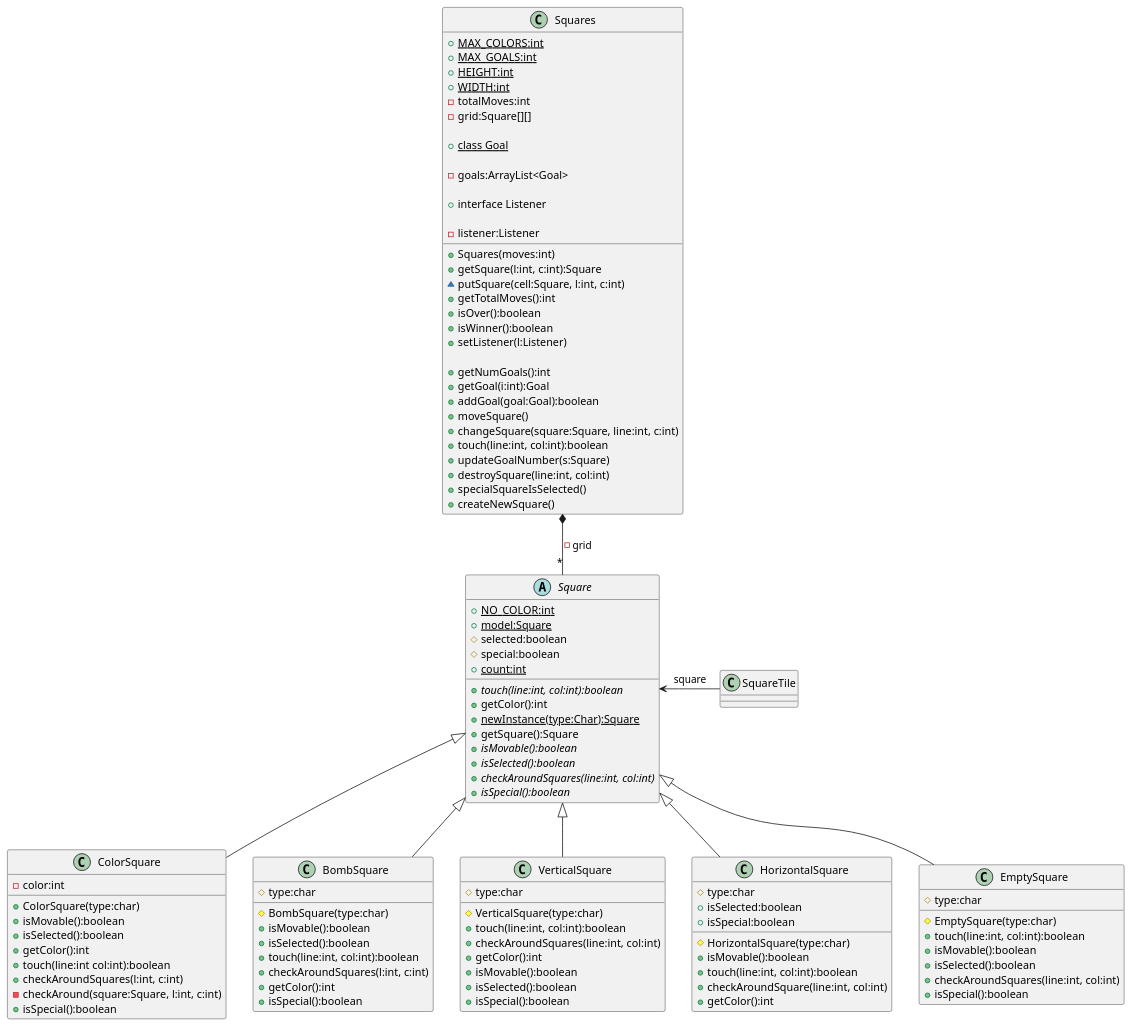
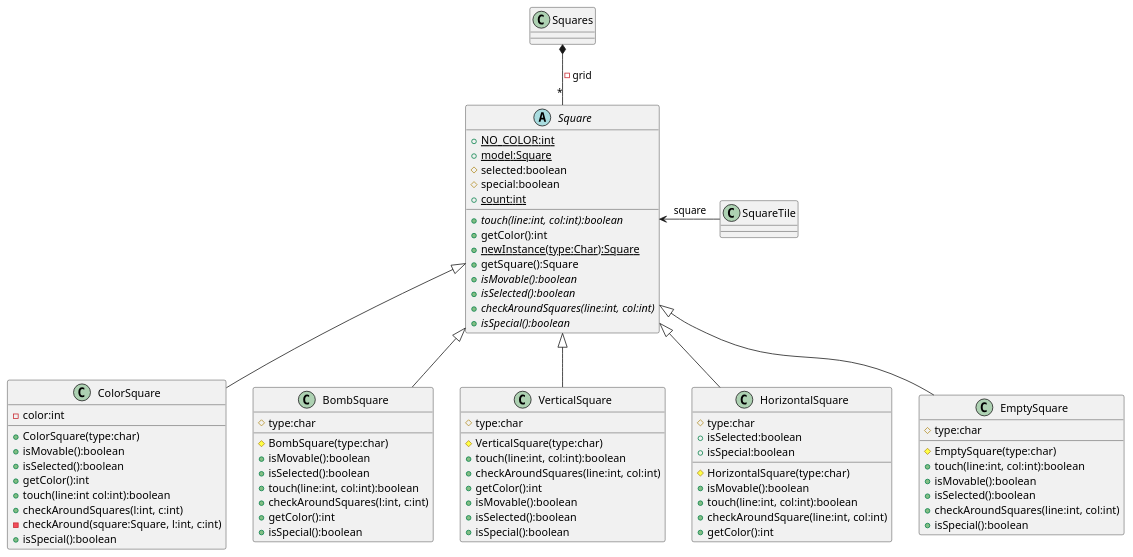
One commit to sikandre/ISEL-LEIC-1718i-Squares changed the diagram in src/UML_SquaresConsole_model.puml. Above: the diagram before and after it, drawn with PlantUML. The commit also changed 1 other file, not shown here.

Commit message:
update uml´s

```diff
--- a/src/UML_SquaresConsole_model.puml
+++ b/src/UML_SquaresConsole_model.puml
@@ -1,124 +1,89 @@
 @startuml
 
 
 Squares *-- "*" Square : -grid
-
-class Squares {
-    +{static}MAX_COLORS:int
-    +{static}MAX_GOALS:int
-    +{static}HEIGHT:int
-    +{static}WIDTH:int
-    -totalMoves:int
-    -grid:Square[][]
-    +Squares(moves:int)
-    +getSquare(l:int, c:int):Square
-    ~putSquare(cell:Square, l:int, c:int)
-    +getTotalMoves():int
-    +isOver():boolean
-    +isWinner():boolean
-
-    +{static}class Goal
-
-    -goals:ArrayList<Goal>
-
-    +interface Listener
-
-    -listener:Listener
-    +setListener(l:Listener)
-
-    +getNumGoals():int
-    +getGoal(i:int):Goal
-    +addGoal(goal:Goal):boolean
-    +moveSquare()
-    +changeSquare(square:Square, line:int, c:int)
-    +touch(line:int, col:int):boolean
-    +updateGoalNumber(s:Square)
-    +destroySquare(line:int, col:int)
-    +specialSquareIsSelected()
-    +createNewSquare()
-}
 
 abstract class Square {
     +{static}NO_COLOR:int
     +{static}model:Square
     #selected:boolean
     #special:boolean
     +{static}count:int
     +{abstract}touch(line:int, col:int):boolean
     +getColor():int
     +{static}newInstance(type:Char):Square
     +getSquare():Square
     +{abstract}isMovable():boolean
     +{abstract}isSelected():boolean
     +{abstract}checkAroundSquares(line:int, col:int)
     +{abstract}isSpecial():boolean
 }
 
 class ColorSquare {
     -color:int
     +ColorSquare(type:char)
     +isMovable():boolean
     +isSelected():boolean
     +getColor():int
     +touch(line:int col:int):boolean
     +checkAroundSquares(l:int, c:int)
     -checkAround(square:Square, l:int, c:int)
     +isSpecial():boolean
 }
 
 class BombSquare {
     #type:char
     #BombSquare(type:char)
     +isMovable():boolean
     +isSelected():boolean
     +touch(line:int, col:int):boolean
     +checkAroundSquares(l:int, c:int)
     +getColor():int
     +isSpecial():boolean
 }
 
 class VerticalSquare {
     #type:char
     #VerticalSquare(type:char)
     +touch(line:int, col:int):boolean
     +checkAroundSquares(line:int, col:int)
     +getColor():int
     +isMovable():boolean
     +isSelected():boolean
     +isSpecial():boolean
 }
 
 class HorizontalSquare {
     #type:char
     #HorizontalSquare(type:char)
     +isMovable():boolean
     +isSelected:boolean
     +touch(line:int, col:int):boolean
     +checkAroundSquare(line:int, col:int)
     +getColor():int
     +isSpecial:boolean
 }
 
 class EmptySquare {
     #type:char
     #EmptySquare(type:char)
     +touch(line:int, col:int):boolean
     +isMovable():boolean
     +isSelected():boolean
     +checkAroundSquares(line:int, col:int)
     +isSpecial():boolean
 }
 
 Square <- SquareTile : square
 
 Square <|-- ColorSquare
 Square <|-- BombSquare
 Square <|-- VerticalSquare
 Square <|-- HorizontalSquare
 Square <|-- EmptySquare
 
 
 
 
 
 @enduml
```
